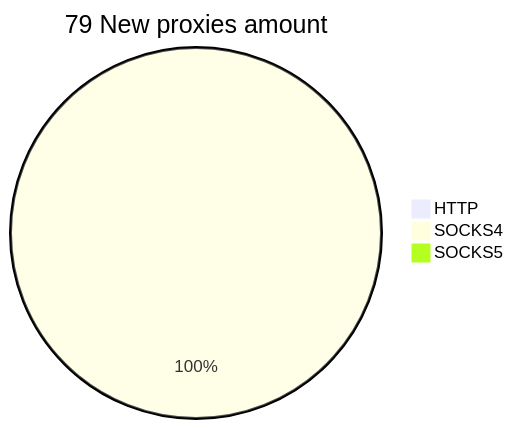
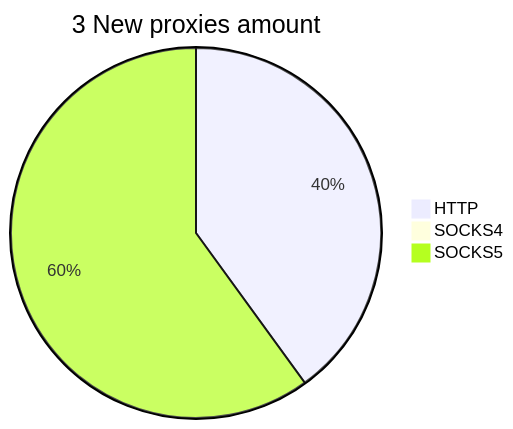
The second of 2 diagrams in README.md (cutipu/proxylist), drawn with Mermaid before and after one commit. The commit also changed other lines of this file, not shown here.

````diff
--- a/README.md
+++ b/README.md
@@ -10,6 +10,6 @@
 ```mermaid
-pie title 79 New proxies amount
-    "HTTP" : 0
-    "SOCKS4" : 84
-    "SOCKS5" : 0
+pie title 3 New proxies amount
+    "HTTP" : 2
+    "SOCKS4" : 0
+    "SOCKS5" : 3
 ```
````
